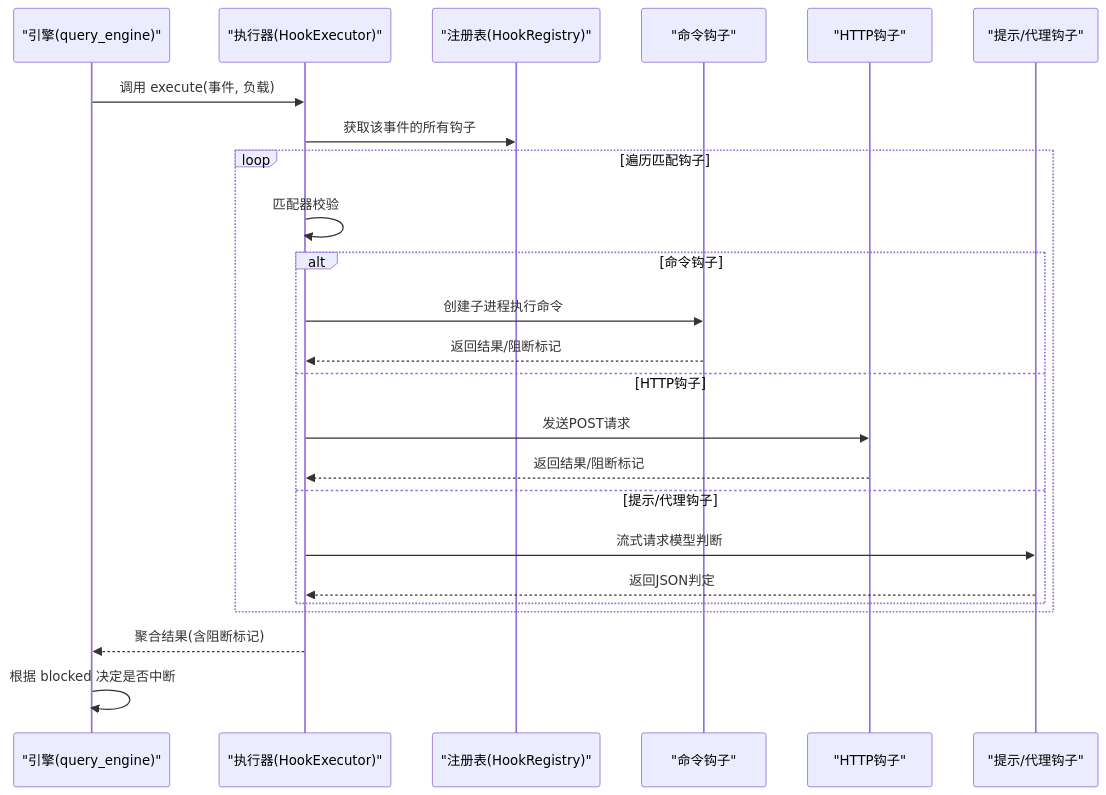
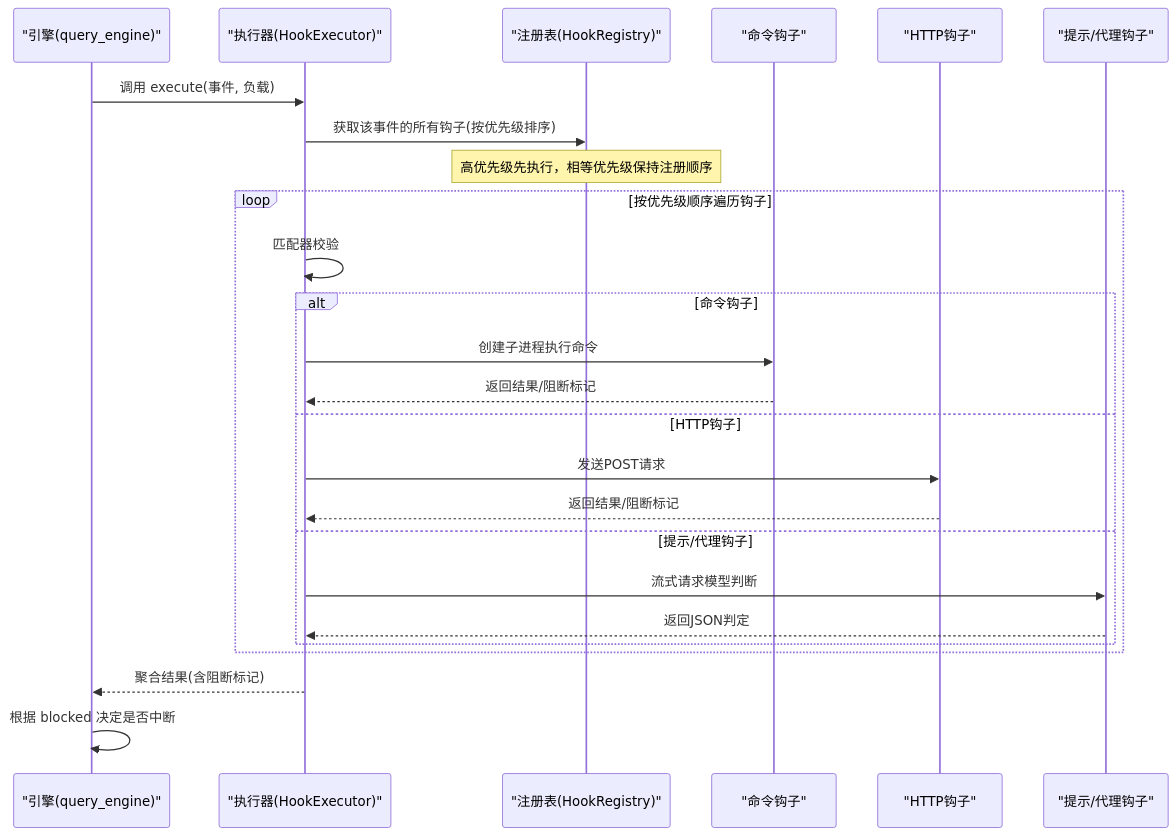
One commit to haolange/OpenHarness changed the second of 5 diagrams in .qoder/repowiki/zh/content/插件生态系统/插件类型详解/钩子插件.md. Above: the diagram before and after it, drawn with Mermaid. The commit also changed other lines of this file and 5 other files, not shown here.

````diff
--- a/.qoder/repowiki/zh/content/插件生态系统/插件类型详解/钩子插件.md
+++ b/.qoder/repowiki/zh/content/插件生态系统/插件类型详解/钩子插件.md
@@ -105,26 +119,27 @@
 ```mermaid
 sequenceDiagram
 participant Engine as "引擎(query_engine)"
 participant Exec as "执行器(HookExecutor)"
 participant Reg as "注册表(HookRegistry)"
 participant Cmd as "命令钩子"
 participant Http as "HTTP钩子"
 participant LLM as "提示/代理钩子"
 Engine->>Exec : 调用 execute(事件, 负载)
-Exec->>Reg : 获取该事件的所有钩子
-loop 遍历匹配钩子
+Exec->>Reg : 获取该事件的所有钩子(按优先级排序)
+Note over Reg : 高优先级先执行，相等优先级保持注册顺序
+loop 按优先级顺序遍历钩子
 Exec->>Exec : 匹配器校验
 alt 命令钩子
 Exec->>Cmd : 创建子进程执行命令
 Cmd-->>Exec : 返回结果/阻断标记
 else HTTP钩子
 Exec->>Http : 发送POST请求
 Http-->>Exec : 返回结果/阻断标记
 else 提示/代理钩子
 Exec->>LLM : 流式请求模型判断
 LLM-->>Exec : 返回JSON判定
 end
 end
 Exec-->>Engine : 聚合结果(含阻断标记)
 Engine->>Engine : 根据 blocked 决定是否中断
 ```
````
